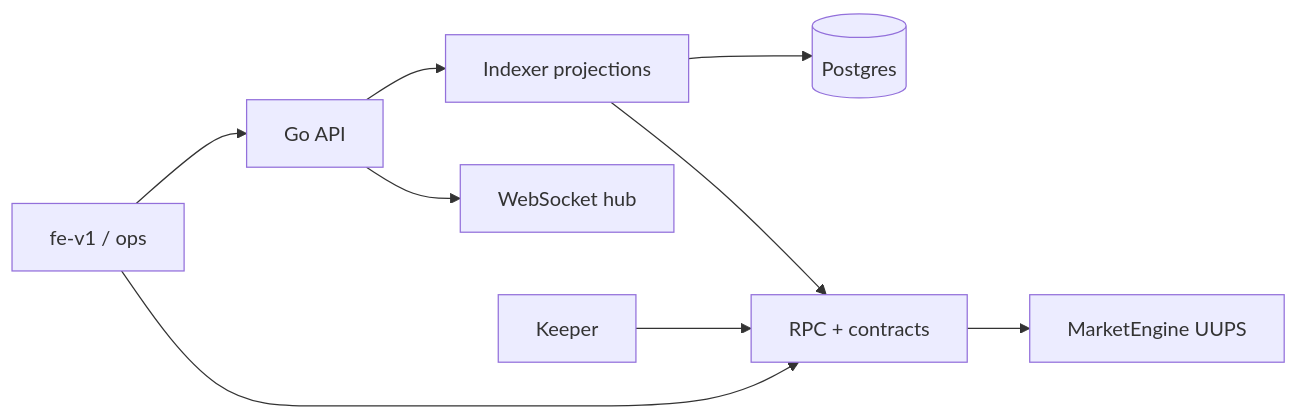
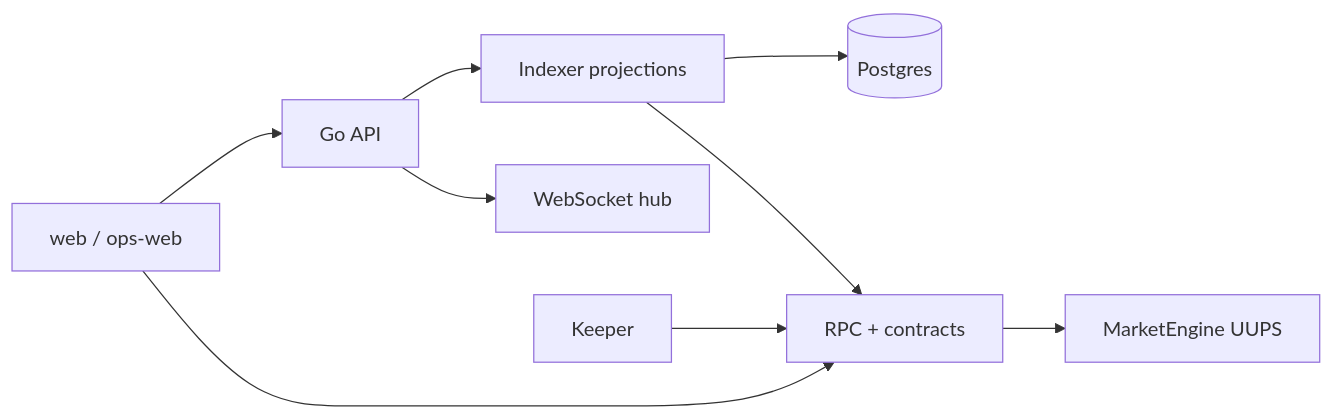
The diagram in AGENTS.md (RetroPick/monorepo-base), drawn with Mermaid before and after one commit. The commit also changed other lines of this file and 79449 other files, not shown here.

````diff
--- a/AGENTS.md
+++ b/AGENTS.md
@@ -20,11 +20,11 @@
 ```mermaid
 flowchart LR
-  FE[fe-v1 / ops] --> API[Go API]
+  FE[web / ops-web] --> API[Go API]
   API --> IDX[Indexer projections]
   IDX --> DB[(Postgres)]
   API --> WS[WebSocket hub]
   FE --> CHAIN[RPC + contracts]
   IDX --> CHAIN
   KEEP[Keeper] --> CHAIN
   CHAIN --> ME[MarketEngine UUPS]
 ```
````
